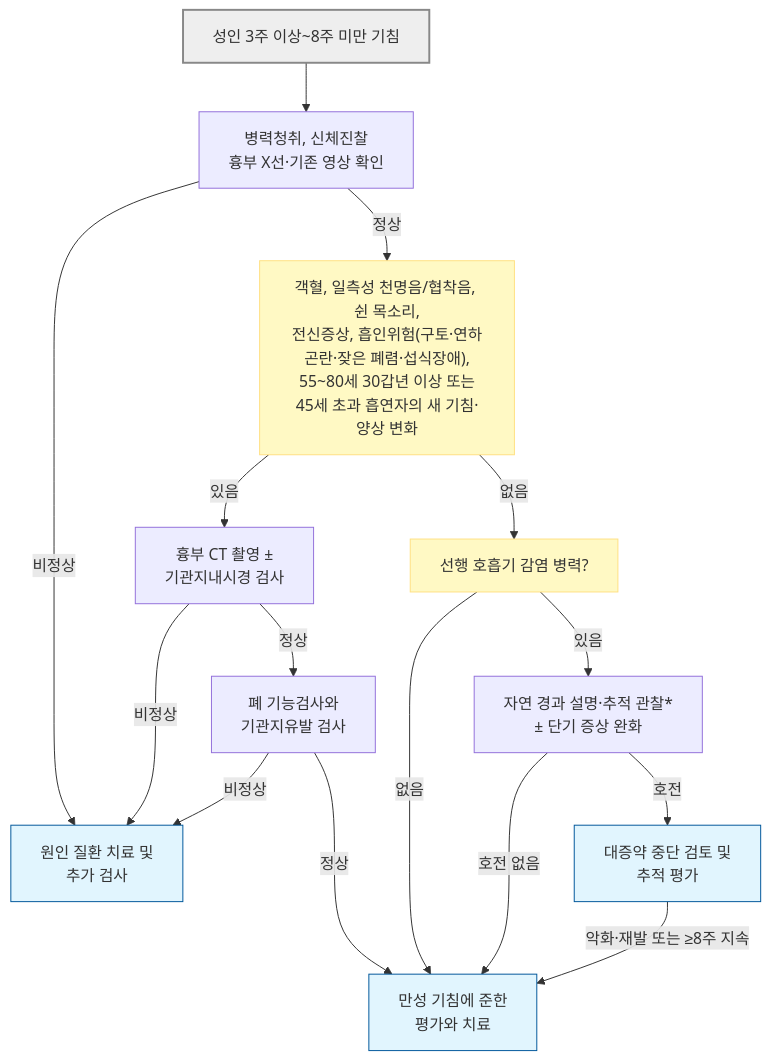
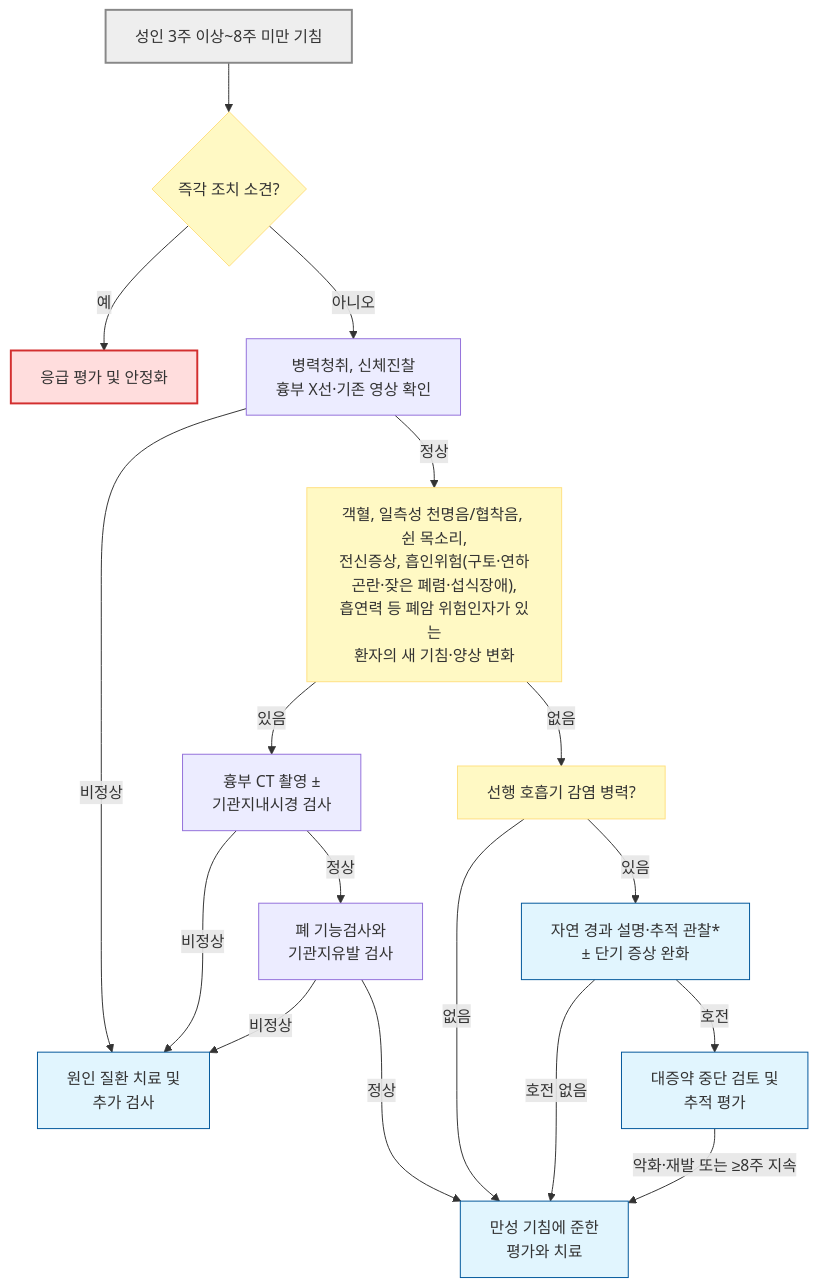
Before and after one commit to familyoh77/familyoh77: the second of 3 diagrams in 220_/006_-cough.md, drawn with Mermaid. The commit also changed other lines of this file and 13 other files, not shown here.

````diff
--- a/220_/006_-cough.md
+++ b/220_/006_-cough.md
@@ -244,29 +233,34 @@
 ```mermaid
 graph TD
-    Start["성인 3주 이상~8주 미만 기침"] --> Xray["병력청취, 신체진찰<br/>흉부 X선·기존 영상 확인"]
+    Start["성인 3주 이상~8주 미만 기침"] --> Urgent{"즉각 조치 소견?"}
+    Urgent -- "예" --> Emergency["응급 평가 및 안정화"]
+    Urgent -- "아니오" --> Xray["병력청취, 신체진찰<br/>흉부 X선·기존 영상 확인"]
     
     Xray -- "비정상" --> TreatCause["원인 질환 치료 및 <br/>추가 검사"]
     
-    Xray -- "정상" --> RedFlags["객혈, 일측성 천명음/협착음, 쉰 목소리,<br/>전신증상, 흡인위험(구토·연하곤란·잦은 폐렴·섭식장애),<br/>55~80세 30갑년 이상 또는<br/>45세 초과 흡연자의 새 기침·양상 변화"]
+    Xray -- "정상" --> RedFlags["객혈, 일측성 천명음/협착음, 쉰 목소리,<br/>전신증상, 흡인위험(구토·연하곤란·잦은 폐렴·섭식장애),<br/>흡연력 등 폐암 위험인자가 있는<br/>환자의 새 기침·양상 변화"]
     RedFlags -- "있음" --> CT["흉부 CT 촬영 ±<br/>기관지내시경 검사"]
     RedFlags -- "없음" --> PostInfectious["선행 호흡기 감염 병력?"]
     CT -- "비정상" --> TreatCause
     CT -- "정상" --> PFT["폐 기능검사와<br/>기관지유발 검사"]
     PFT -- "비정상" --> TreatCause
     PFT -- "정상" --> Chronic["만성 기침에 준한 <br/>평가와 치료"]
     PostInfectious -- "있음" --> Symptomatic["자연 경과 설명·추적 관찰*<br/>± 단기 증상 완화"]
     PostInfectious -- "없음" --> Chronic
     
     Symptomatic -- "호전" --> FollowUp["대증약 중단 검토 및<br/>추적 평가"]
     Symptomatic -- "호전 없음" --> Chronic
     
     FollowUp -- "악화·재발 또는 ≥8주 지속" --> Chronic
     %% 스타일 설정
     style Start fill:#eeeeee,stroke:#888888,stroke-width:2px
     style RedFlags fill:#fff9c4,stroke:#ffe082
+    style Urgent fill:#fff9c4,stroke:#ffe082
+    style Emergency fill:#ffdddd,stroke:#d32f2f,stroke-width:2px
+    style Symptomatic fill:#e1f5fe,stroke:#01579b
     style PostInfectious fill:#fff9c4,stroke:#ffe082
     style FollowUp fill:#e1f5fe,stroke:#01579b
     style TreatCause fill:#e1f5fe,stroke:#01579b
     style Chronic fill:#e1f5fe,stroke:#01579b
 
 ```
````
